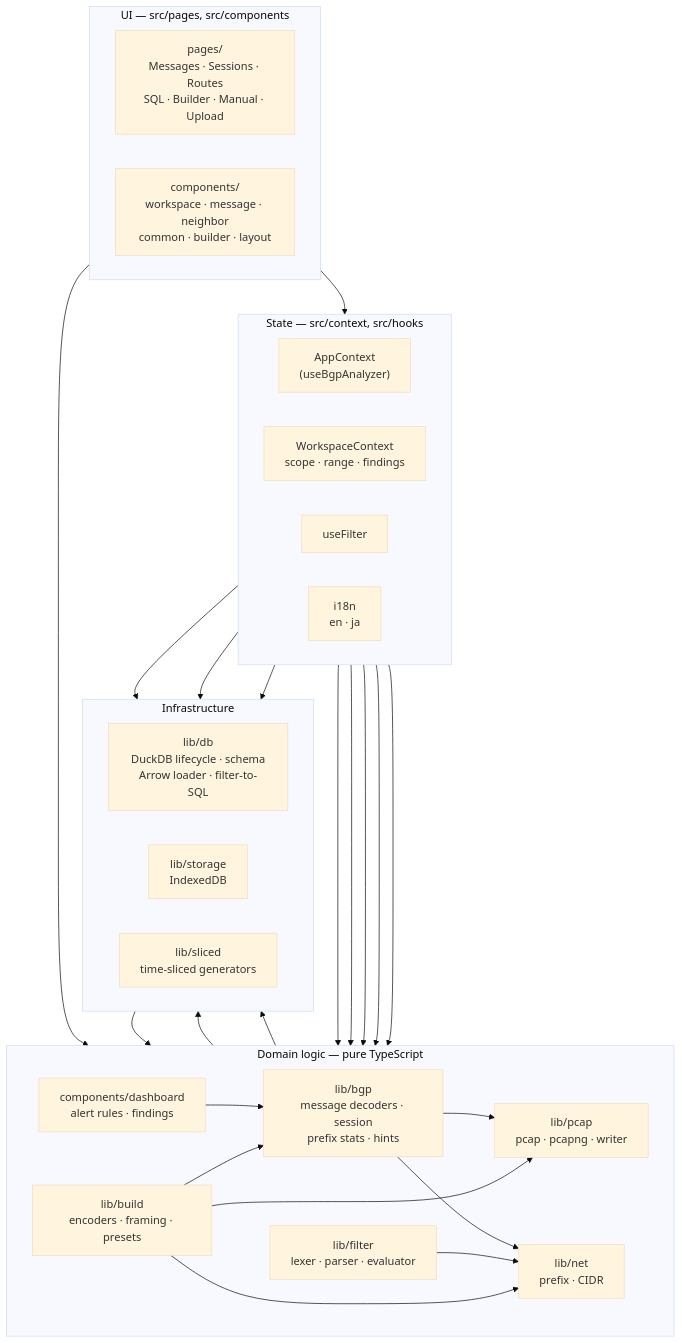
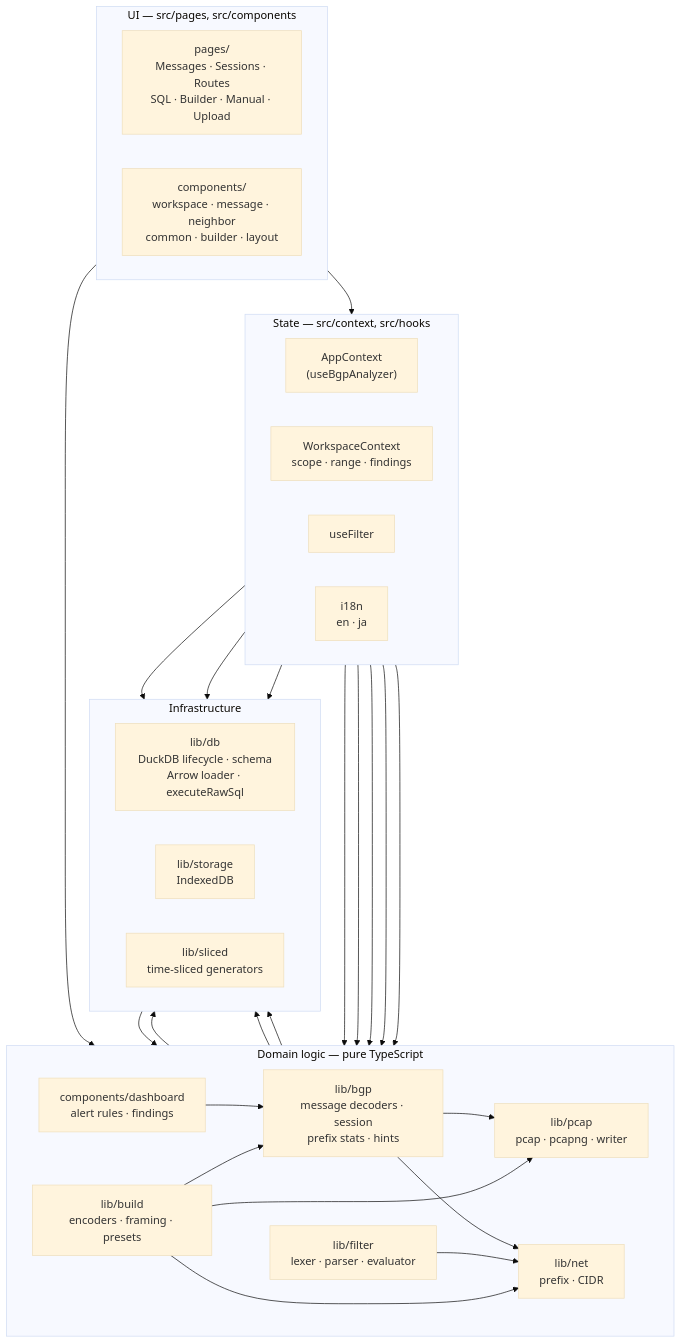
The second of 13 diagrams in docs/architecture.md (shmuto/bgpshark), drawn with Mermaid (base theme) before and after one commit. The commit also changed other lines of this file and 8 other files, not shown here.

Commit message:
Docs: review and polish CLAUDE.md and architecture/design docs

````diff
--- a/docs/architecture.md
+++ b/docs/architecture.md
@@ -79,45 +79,45 @@
 ```mermaid
 flowchart TB
     subgraph ui["UI — src/pages, src/components"]
         direction LR
         pagesNode["pages/<br/>Messages · Sessions · Routes<br/>SQL · Builder · Manual · Upload"]
         comps["components/<br/>workspace · message · neighbor<br/>common · builder · layout"]
     end
 
     subgraph state["State — src/context, src/hooks"]
         direction LR
         appctx["AppContext<br/>(useBgpAnalyzer)"]
         wsctx["WorkspaceContext<br/>scope · range · findings"]
         usefilter["useFilter"]
         i18n["i18n<br/>en · ja"]
     end
 
     subgraph domain["Domain logic — pure TypeScript"]
         direction LR
         pcap["lib/pcap<br/>pcap · pcapng · writer"]
         bgp["lib/bgp<br/>message decoders · session<br/>prefix stats · hints"]
         filter["lib/filter<br/>lexer · parser · evaluator"]
         rules["components/dashboard<br/>alert rules · findings"]
         build["lib/build<br/>encoders · framing · presets"]
         net["lib/net<br/>prefix · CIDR"]
     end
 
     subgraph infra["Infrastructure"]
         direction LR
-        db["lib/db<br/>DuckDB lifecycle · schema<br/>Arrow loader · filter-to-SQL"]
+        db["lib/db<br/>DuckDB lifecycle · schema<br/>Arrow loader · executeRawSql"]
         storage["lib/storage<br/>IndexedDB"]
         sliced["lib/sliced<br/>time-sliced generators"]
     end
 
     ui --> state
     ui --> domain
     appctx --> pcap & bgp & db & storage
     wsctx --> rules & bgp
     usefilter --> filter & sliced
     rules --> bgp & sliced
-    bgp --> pcap & net
+    bgp --> pcap & net & sliced
     filter --> net
     db --> net
     build --> pcap & bgp & net
     pcap --> sliced
 ```
````
